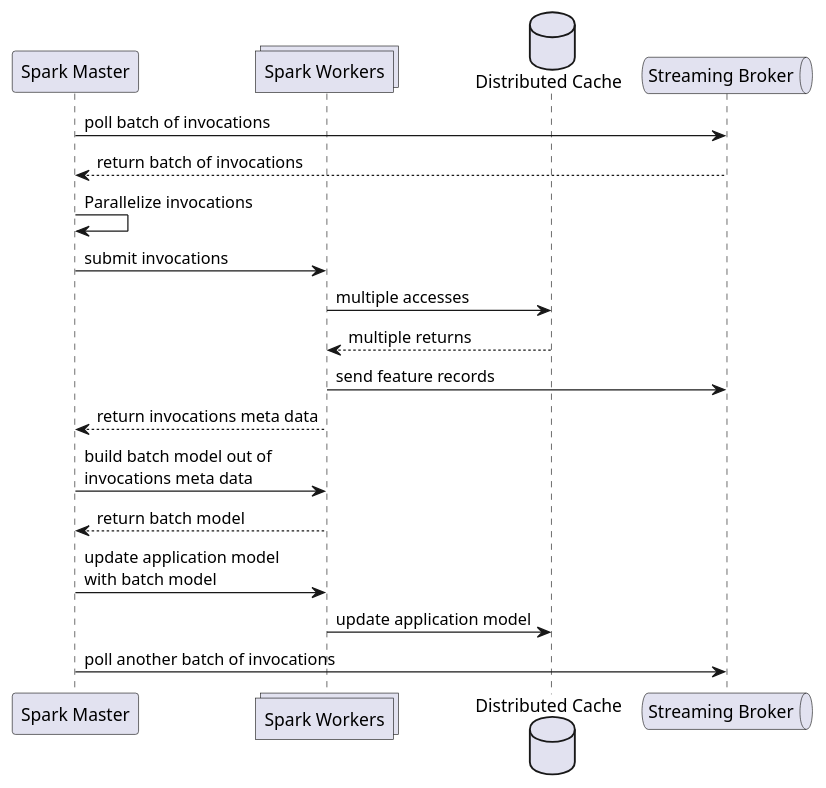
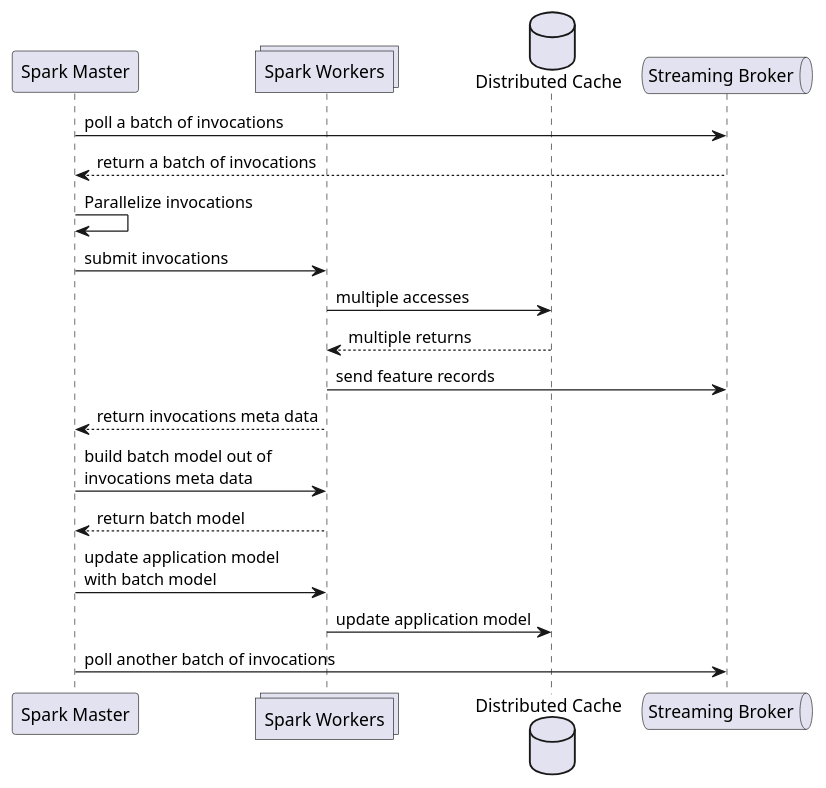
The diagram in framework/src/main/resources/sequence-diagram.wsd (oiraqi/immunizer-acquisition), drawn with PlantUML before and after one commit. The commit also changed 1 other file, not shown here.

```diff
--- a/framework/src/main/resources/sequence-diagram.wsd
+++ b/framework/src/main/resources/sequence-diagram.wsd
@@ -1,19 +1,19 @@
 @startuml SequenceDiagram
 participant "Spark Master" as Master
 collections "Spark Workers" as Workers
 database "Distributed Cache" as Cache
 queue "Streaming Broker" as Broker
-Master -> Broker : poll batch of invocations
-Broker --> Master : return batch of invocations
+Master -> Broker : poll a batch of invocations
+Broker --> Master : return a batch of invocations
 Master -> Master : Parallelize invocations
 Master -> Workers : submit invocations
 Workers -> Cache : multiple accesses
 Cache --> Workers : multiple returns
 Workers -> Broker : send feature records
 Workers --> Master : return invocations meta data
 Master -> Workers : build batch model out of\ninvocations meta data
 Workers --> Master : return batch model
 Master -> Workers : update application model\nwith batch model
 Workers -> Cache : update application model
 Master -> Broker : poll another batch of invocations
 @enduml
```
